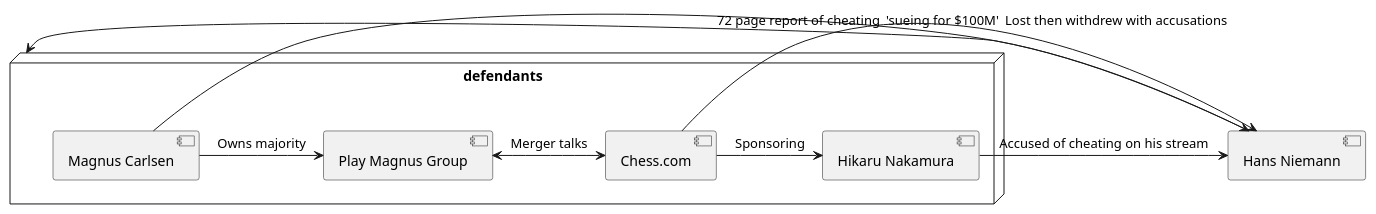
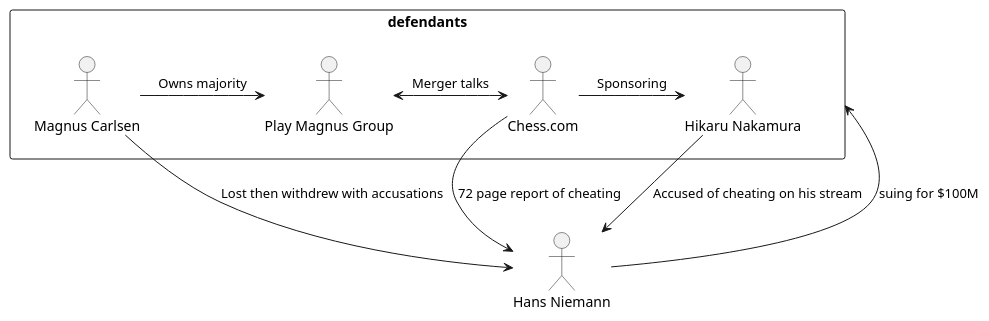
The diagram in src/examples/4_chess/syntax/plantuml.puml (terrastruct/text-to-diagram-site), drawn with PlantUML before and after one commit. The commit also changed 6 other files, not shown here.

Commit message:
update plantuml

```diff
--- a/src/examples/4_chess/syntax/plantuml.puml
+++ b/src/examples/4_chess/syntax/plantuml.puml
@@ -1,25 +1,23 @@
 @startuml
+' Actors
+"Hans Niemann" as hans
 
-' Actors
-[Hans Niemann] as hans
+rectangle "defendants" {
+  "Magnus Carlsen" as mc
+  "Play Magnus Group" as playmagnus
+  "Chess.com" as chesscom
+  "Hikaru Nakamura" as naka
 
-node "defendants" {
-  [Magnus Carlsen] as mc
-  [Play Magnus Group] as playmagnus
-  [Chess.com] as chesscom
-  [Hikaru Nakamura] as naka
-
-  [mc] -> [playmagnus]: Owns majority
-  [playmagnus] <-> [chesscom]: Merger talks
-  [chesscom] -> [naka]: Sponsoring
+  mc -> playmagnus: Owns majority
+  playmagnus <-> chesscom: Merger talks
+  chesscom -> naka: Sponsoring
 }
 
 ' Accusations
-[hans] -> defendants: 'sueing for $100M'
+hans -> defendants: suing for $100M
 
 ' Offense
-[naka] -> [hans]: Accused of cheating on his stream
-[mc] -> [hans]: Lost then withdrew with accusations
-[chesscom] -> [hans]: 72 page report of cheating
-
+naka --> hans : Accused of cheating on his stream
+mc --> hans : Lost then withdrew with accusations
+chesscom --> hans: 72 page report of cheating
 @enduml
```
